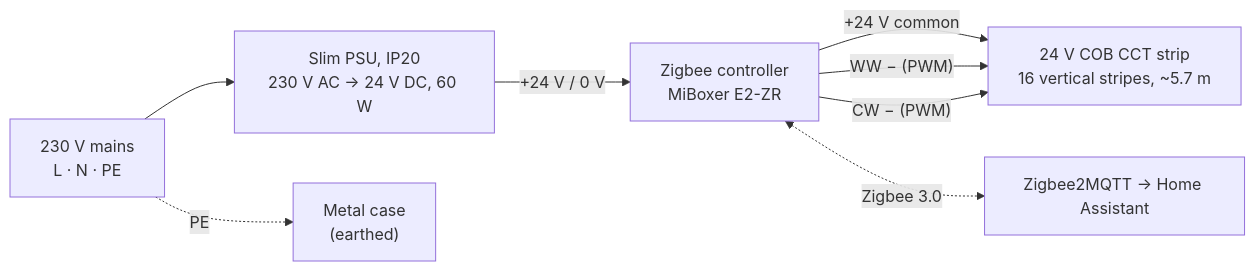
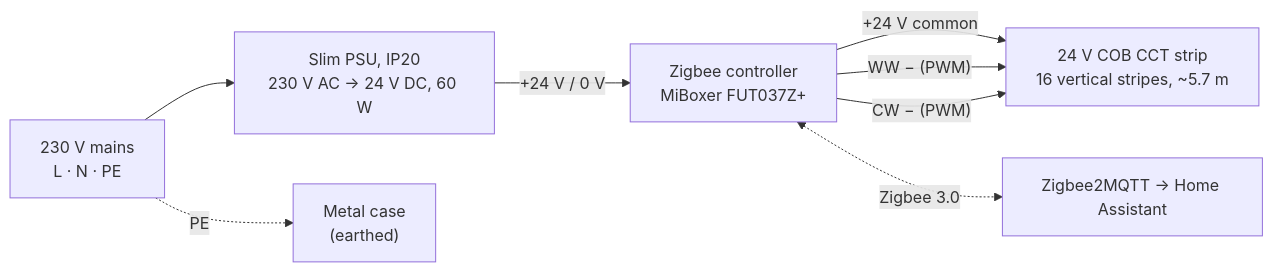
One commit to AlexandrLisitsa/HomeSweetHome changed the diagram in LedLamp/README.md. Above: the diagram before and after it, drawn with Mermaid. The commit also changed other lines of this file and 7 other files, not shown here.

First line of the commit message:
Pick the MiBoxer FUT037Z+ for LedLamp, used as a CCT controller

````diff
--- a/LedLamp/README.md
+++ b/LedLamp/README.md
@@ -68,10 +74,10 @@
 ```mermaid
 flowchart LR
     M["230 V mains<br/>L · N · PE"] --> PSU["Slim PSU, IP20<br/>230 V AC → 24 V DC, 60 W"]
     M -. PE .-> CASE["Metal case<br/>(earthed)"]
-    PSU -- "+24 V / 0 V" --> ZB["Zigbee controller<br/>MiBoxer E2-ZR"]
+    PSU -- "+24 V / 0 V" --> ZB["Zigbee controller<br/>MiBoxer FUT037Z+"]
     ZB -- "+24 V common" --> LED["24 V COB CCT strip<br/>16 vertical stripes, ~5.7 m"]
     ZB -- "WW − (PWM)" --> LED
     ZB -- "CW − (PWM)" --> LED
     ZB <-. "Zigbee 3.0" .-> Z2M["Zigbee2MQTT → Home Assistant"]
 ```
````
